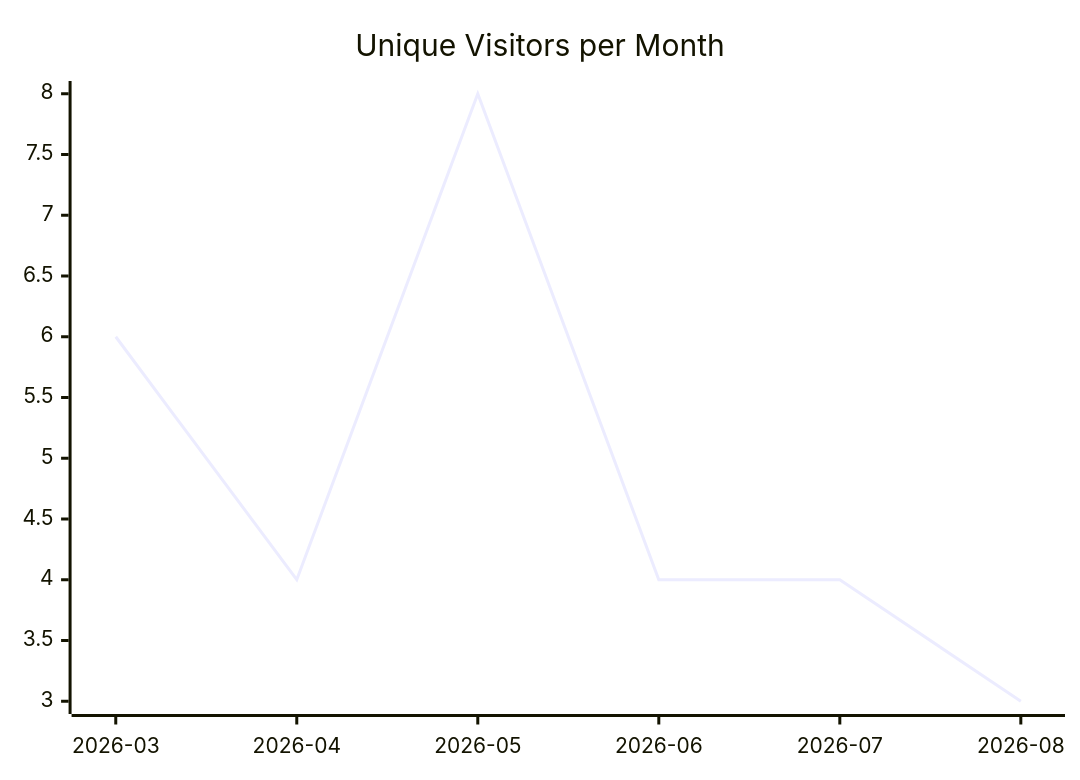
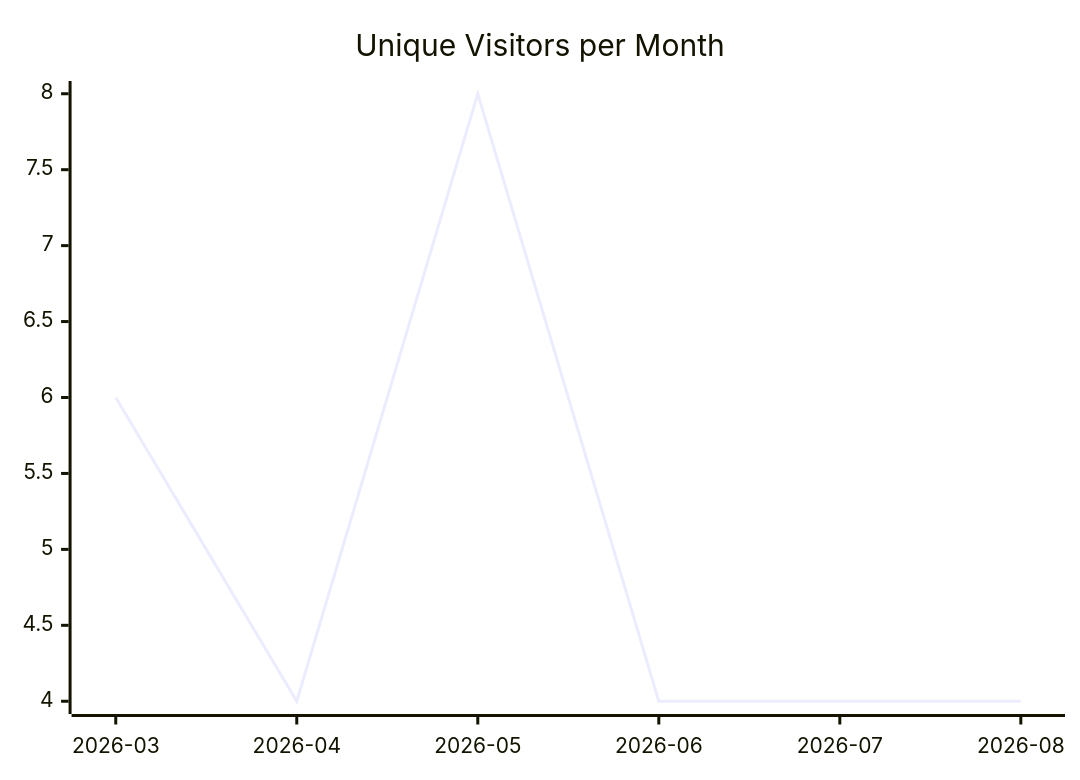
One commit to justdavis-family/github-analytics-data changed the first of 3 diagrams in karlmdavis/xmlpull/README.md. Above: the diagram before and after it, drawn with Mermaid. The commit also changed other lines of this file and 172 other files, not shown here.

````diff
--- a/karlmdavis/xmlpull/README.md
+++ b/karlmdavis/xmlpull/README.md
@@ -5,6 +5,6 @@
 ```mermaid
 xychart-beta
   title "Unique Visitors per Month"
   x-axis ["2026-03", "2026-04", "2026-05", "2026-06", "2026-07", "2026-08"]
-  line [6, 4, 8, 4, 4, 3]
+  line [6, 4, 8, 4, 4, 4]
 ```
````
